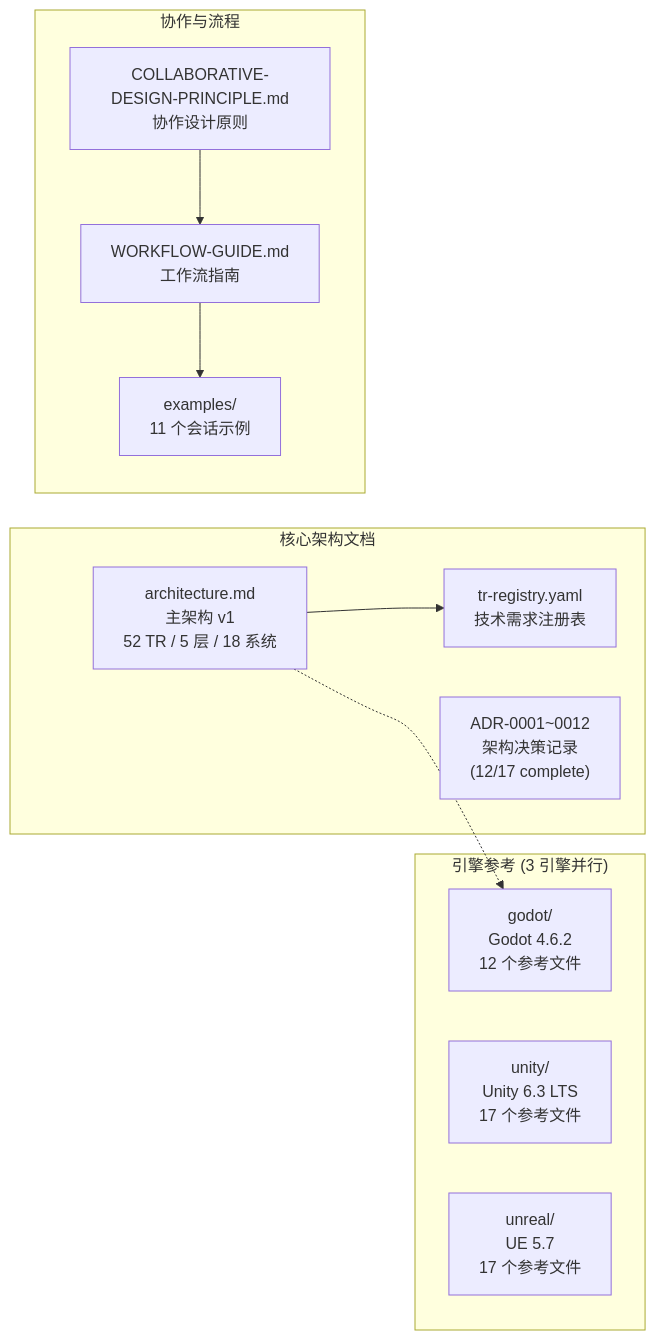
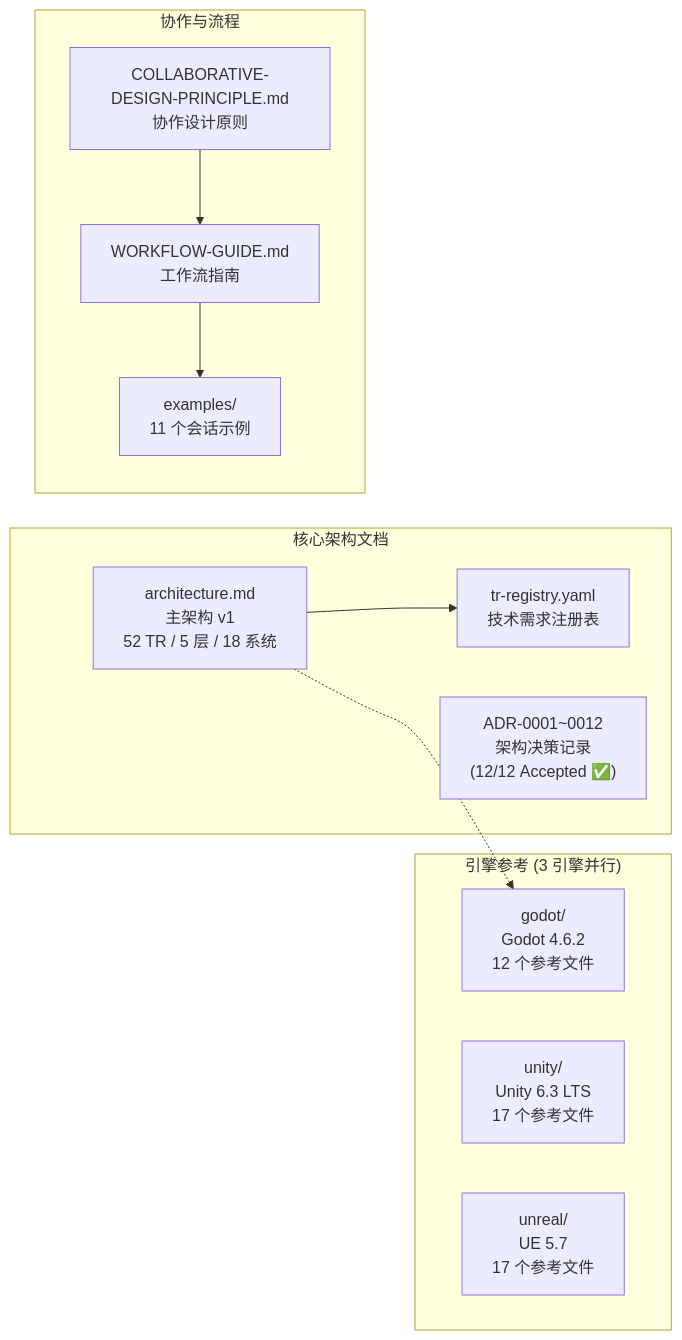
The fifth of 9 diagrams in docs/document-index.md (lieinsay/Claude-Code-Game-Studios), drawn with Mermaid before and after one commit. The commit also changed other lines of this file and 13 other files, not shown here.

First line of the commit message:
Technical Setup 门禁阻塞项清除 — 12 ADR Accepted, 52 TR 注册, 引擎与技术偏好正式配置

````diff
--- a/docs/document-index.md
+++ b/docs/document-index.md
@@ -344,25 +349,25 @@
 ```mermaid
 graph LR
     subgraph 核心架构["核心架构文档"]
         MA["architecture.md<br/>主架构 v1<br/>52 TR / 5 层 / 18 系统"]
         TR2["tr-registry.yaml<br/>技术需求注册表"]
-        ADR["ADR-0001~0012<br/>架构决策记录<br/>(12/17 complete)"]
+        ADR["ADR-0001~0012<br/>架构决策记录<br/>(12/12 Accepted ✅)"]
     end
 
     subgraph 引擎参考["引擎参考 (3 引擎并行)"]
         GODOT["godot/<br/>Godot 4.6.2<br/>12 个参考文件"]
         UNITY["unity/<br/>Unity 6.3 LTS<br/>17 个参考文件"]
         UNREAL["unreal/<br/>UE 5.7<br/>17 个参考文件"]
     end
 
     subgraph 协作规范["协作与流程"]
         CP["COLLABORATIVE-DESIGN-PRINCIPLE.md<br/>协作设计原则"]
         WG["WORKFLOW-GUIDE.md<br/>工作流指南"]
         EX["examples/<br/>11 个会话示例"]
     end
 
     MA --> TR2
     MA -.-> GODOT
     CP --> WG
     WG --> EX
 ```
````
